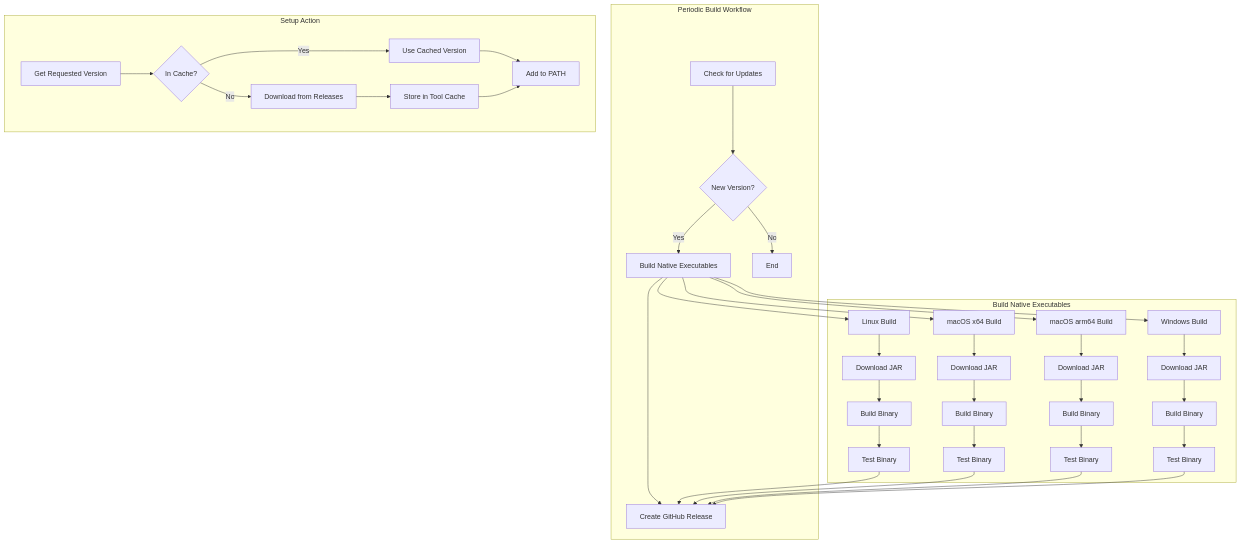
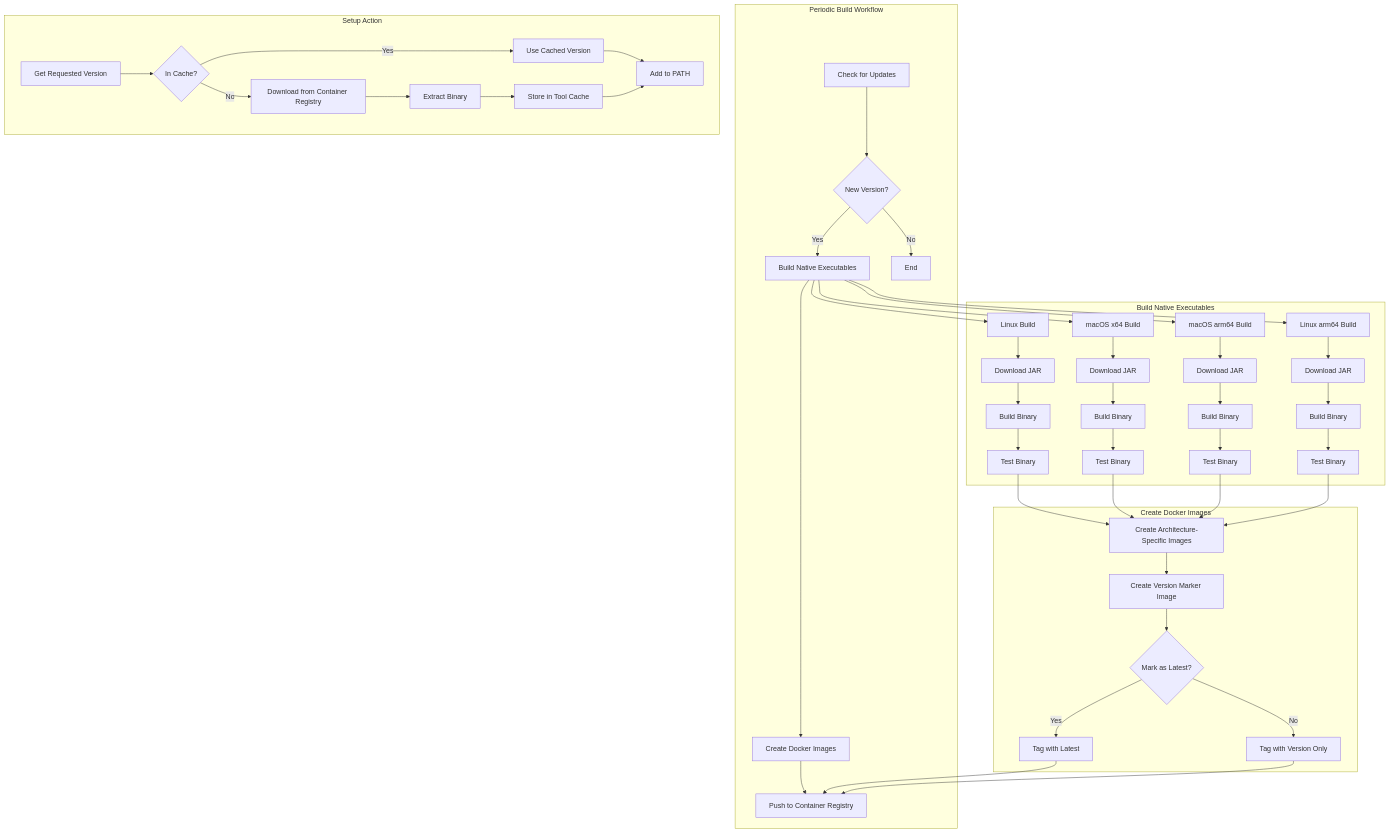
Before and after one commit to IlyaGulya/setup-crowdin-cli: the diagram in memory-bank/systemPatterns.md, drawn with Mermaid. The commit also changed other lines of this file and 10 other files, not shown here.

Commit message:
feat: store binaries in docker container registry

````diff
--- a/memory-bank/systemPatterns.md
+++ b/memory-bank/systemPatterns.md
@@ -21,42 +25,56 @@
 ```mermaid
 flowchart TD
     subgraph "Periodic Build Workflow"
         A[Check for Updates] --> B{New Version?}
         B -->|Yes| C[Build Native Executables]
-        C --> E[Create GitHub Release]
-        B -->|No| F[End]
+        C --> E[Create Docker Images]
+        E --> F[Push to Container Registry]
+        B -->|No| Z[End]
     end
 
     subgraph "Build Native Executables"
         D1[Linux Build] --> D1a[Download JAR]
         D1a --> D1b[Build Binary]
         D1b --> D1c[Test Binary]
         D2[macOS x64 Build] --> D2a[Download JAR]
         D2a --> D2b[Build Binary]
         D2b --> D2c[Test Binary]
         D3[macOS arm64 Build] --> D3a[Download JAR]
         D3a --> D3b[Build Binary]
         D3b --> D3c[Test Binary]
-        D4[Windows Build] --> D4a[Download JAR]
+        D4[Linux arm64 Build] --> D4a[Download JAR]
         D4a --> D4b[Build Binary]
         D4b --> D4c[Test Binary]
+    end
+
+    subgraph "Create Docker Images"
+        E1[Create Architecture-Specific Images]
+        E2[Create Version Marker Image]
+        E3{Mark as Latest?}
+        E3 -->|Yes| E4[Tag with Latest]
+        E3 -->|No| E5[Tag with Version Only]
     end
 
     C --> D1
     C --> D2
     C --> D3
     C --> D4
-    D1c --> E
-    D2c --> E
-    D3c --> E
-    D4c --> E
+    D1c --> E1
+    D2c --> E1
+    D3c --> E1
+    D4c --> E1
+    E1 --> E2
+    E2 --> E3
+    E4 --> F
+    E5 --> F
 
     subgraph "Setup Action"
         G[Get Requested Version] --> H{In Cache?}
         H -->|Yes| I[Use Cached Version]
-        H -->|No| J[Download from Releases]
-        J --> K[Store in Tool Cache]
-        I --> L[Add to PATH]
-        K --> L
+        H -->|No| J[Download from Container Registry]
+        J --> K[Extract Binary]
+        K --> L[Store in Tool Cache]
+        I --> M[Add to PATH]
+        L --> M
     end
 ```
````
